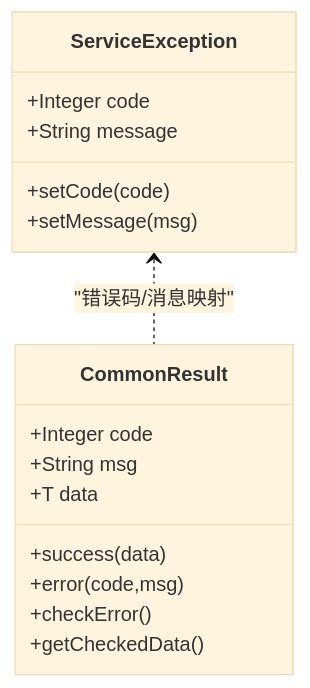
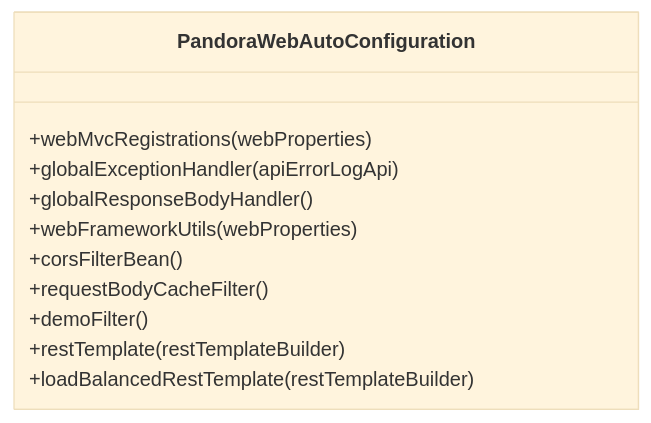
One commit to guanglei93/pandora-cloud changed the third of 9 diagrams in .qoder/repowiki/zh/content/项目概述.md. Above: the diagram before and after it, drawn with Mermaid (base theme). The commit also changed other lines of this file and 110 other files, not shown here.

````diff
--- a/.qoder/repowiki/zh/content/项目概述.md
+++ b/.qoder/repowiki/zh/content/项目概述.md
@@ -124,19 +121,14 @@
 ```mermaid
 classDiagram
-class ServiceException {
-+Integer code
-+String message
-+setCode(code)
-+setMessage(msg)
+class PandoraWebAutoConfiguration {
++webMvcRegistrations(webProperties)
++globalExceptionHandler(apiErrorLogApi)
++globalResponseBodyHandler()
++webFrameworkUtils(webProperties)
++corsFilterBean()
++requestBodyCacheFilter()
++demoFilter()
++restTemplate(restTemplateBuilder)
++loadBalancedRestTemplate(restTemplateBuilder)
 }
-class CommonResult {
-+Integer code
-+String msg
-+T data
-+success(data)
-+error(code,msg)
-+checkError()
-+getCheckedData()
-}
-ServiceException <.. CommonResult : "错误码/消息映射"
 ```
````
